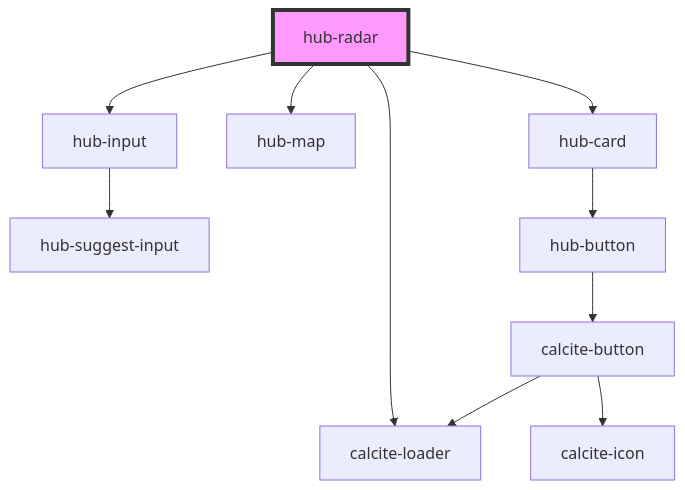
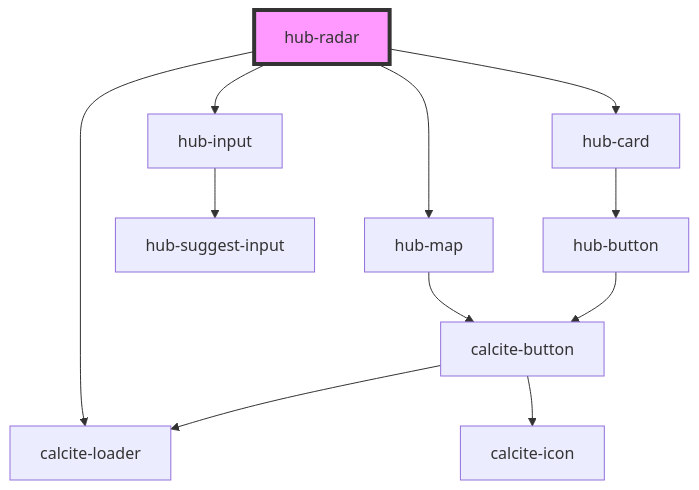
Before and after one commit to esridc/hub-components-experiments: the diagram in src/components/hub-radar/readme.md, drawn with Mermaid. The commit also changed 2 other files, not shown here.

Commit message:
Added fullscreen option to map

````diff
--- a/src/components/hub-radar/readme.md
+++ b/src/components/hub-radar/readme.md
@@ -54,13 +54,14 @@
 ```mermaid
 graph TD;
   hub-radar --> hub-input
   hub-radar --> hub-map
   hub-radar --> calcite-loader
   hub-radar --> hub-card
   hub-input --> hub-suggest-input
+  hub-map --> calcite-button
+  calcite-button --> calcite-loader
+  calcite-button --> calcite-icon
   hub-card --> hub-button
   hub-button --> calcite-button
-  calcite-button --> calcite-loader
-  calcite-button --> calcite-icon
   style hub-radar fill:#f9f,stroke:#333,stroke-width:4px
 ```
````
